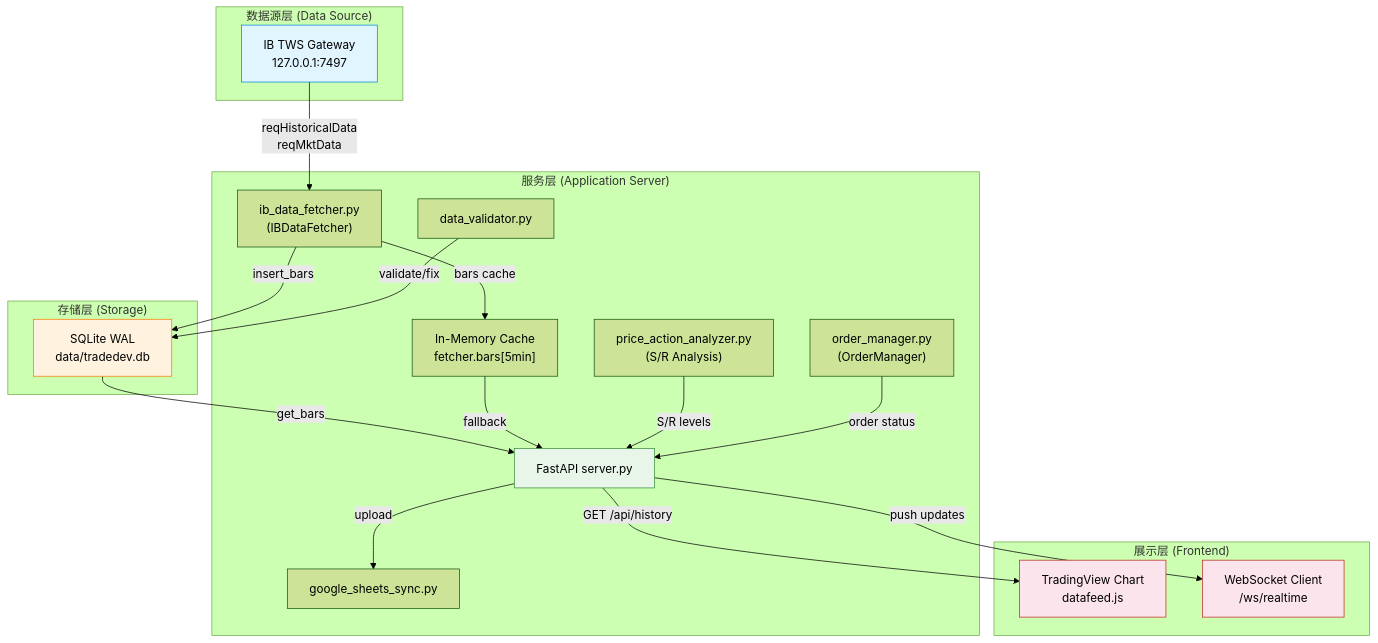
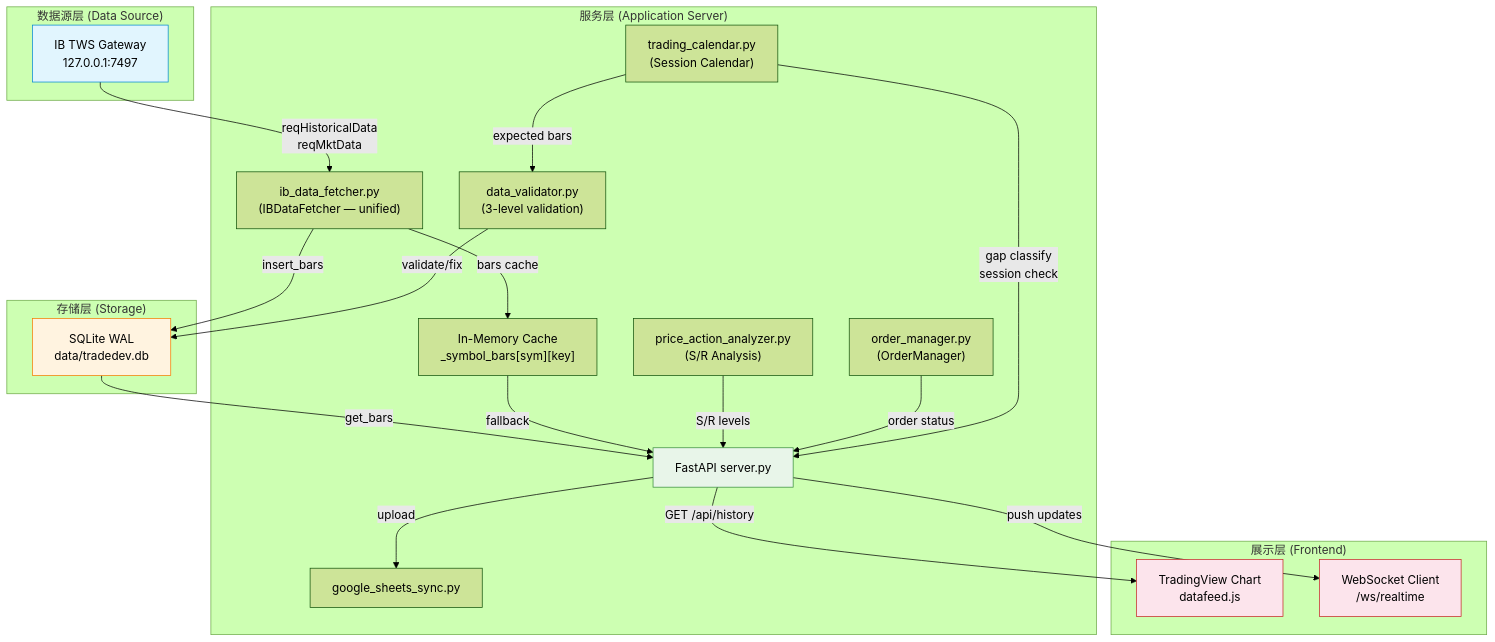
Before and after one commit to ditto0907/TradeDev: the first of 14 diagrams in priceaction/dataflow.md, drawn with Mermaid (forest theme). The commit also changed other lines of this file and 3 other files, not shown here.

````diff
--- a/priceaction/dataflow.md
+++ b/priceaction/dataflow.md
@@ -25,43 +25,46 @@
 ```mermaid
 graph TB
     subgraph 数据源层 ["数据源层 (Data Source)"]
         IB["IB TWS Gateway<br/>127.0.0.1:7497"]
     end
 
     subgraph 服务层 ["服务层 (Application Server)"]
         SRV["FastAPI server.py"]
-        FET["ib_data_fetcher.py<br/>(IBDataFetcher)"]
+        FET["ib_data_fetcher.py<br/>(IBDataFetcher — unified)"]
         PA["price_action_analyzer.py<br/>(S/R Analysis)"]
         OM["order_manager.py<br/>(OrderManager)"]
         GS["google_sheets_sync.py"]
-        VAL["data_validator.py"]
-        MEM["In-Memory Cache<br/>fetcher.bars[5min]"]
+        VAL["data_validator.py<br/>(3-level validation)"]
+        CAL["trading_calendar.py<br/>(Session Calendar)"]
+        MEM["In-Memory Cache<br/>_symbol_bars[sym][key]"]
     end
 
     subgraph 存储层 ["存储层 (Storage)"]
         DB["SQLite WAL<br/>data/tradedev.db"]
     end
 
     subgraph 展示层 ["展示层 (Frontend)"]
         TV["TradingView Chart<br/>datafeed.js"]
         WS["WebSocket Client<br/>/ws/realtime"]
     end
 
     IB -- "reqHistoricalData<br/>reqMktData" --> FET
     FET -- "insert_bars" --> DB
     FET -- "bars cache" --> MEM
     DB -- "get_bars" --> SRV
     MEM -- "fallback" --> SRV
     SRV -- "GET /api/history" --> TV
     SRV -- "push updates" --> WS
     PA -- "S/R levels" --> SRV
     OM -- "order status" --> SRV
     SRV -- "upload" --> GS
     VAL -- "validate/fix" --> DB
+    CAL -- "gap classify<br/>session check" --> SRV
+    CAL -- "expected bars" --> VAL
 
     style IB fill:#e1f5fe,stroke:#0288d1
     style DB fill:#fff3e0,stroke:#f57c00
     style SRV fill:#e8f5e9,stroke:#388e3c
     style TV fill:#fce4ec,stroke:#c62828
     style WS fill:#fce4ec,stroke:#c62828
 ```
````
